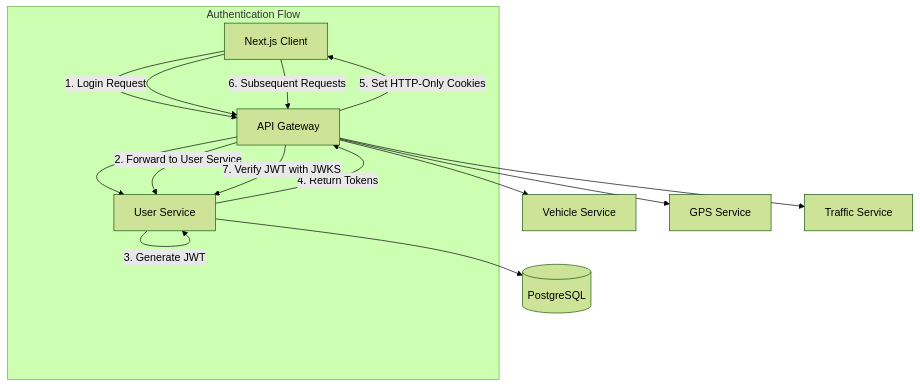
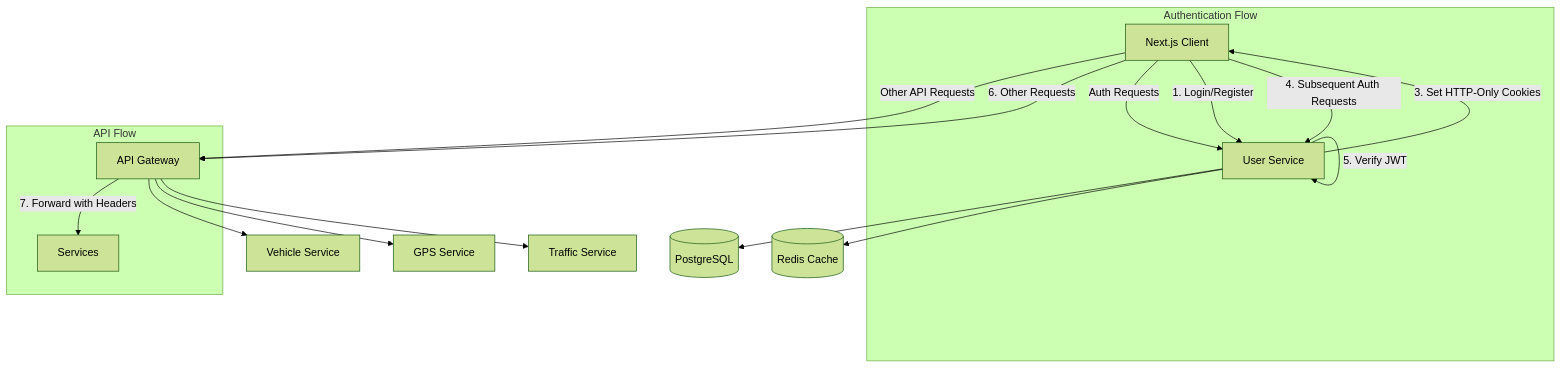
The first of 6 diagrams in docs/AUTHENTICATION.md (yaser-alazm/TMS), drawn with Mermaid (forest theme) before and after one commit. The commit also changed other lines of this file and 1 other file, not shown here.

````diff
--- a/docs/AUTHENTICATION.md
+++ b/docs/AUTHENTICATION.md
@@ -9,20 +9,24 @@
 ```mermaid
 graph TB
-    Client[Next.js Client] --> Gateway[API Gateway]
-    Gateway --> UserService[User Service]
+    Client[Next.js Client] --> |Auth Requests| UserService[User Service]
+    Client --> |Other API Requests| Gateway[API Gateway]
     Gateway --> VehicleService[Vehicle Service]
     Gateway --> GPSService[GPS Service]
     Gateway --> TrafficService[Traffic Service]
     
     UserService --> Database[(PostgreSQL)]
+    UserService --> Redis[(Redis Cache)]
     
     subgraph "Authentication Flow"
-        Client --> |1. Login Request| Gateway
-        Gateway --> |2. Forward to User Service| UserService
-        UserService --> |3. Generate JWT| UserService
-        UserService --> |4. Return Tokens| Gateway
-        Gateway --> |5. Set HTTP-Only Cookies| Client
-        Client --> |6. Subsequent Requests| Gateway
-        Gateway --> |7. Verify JWT with JWKS| UserService
+        Client --> |1. Login/Register| UserService
+        UserService --> |2. Generate JWT| UserService
+        UserService --> |3. Set HTTP-Only Cookies| Client
+        Client --> |4. Subsequent Auth Requests| UserService
+        UserService --> |5. Verify JWT| UserService
+    end
+    
+    subgraph "API Flow"
+        Client --> |6. Other Requests| Gateway
+        Gateway --> |7. Forward with Headers| Services
     end
 ```
````
